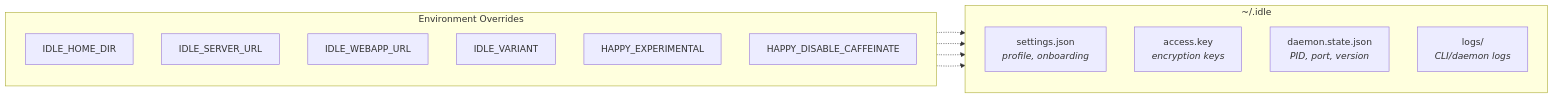
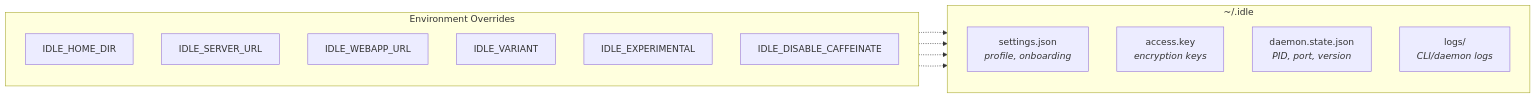
The third of 12 diagrams in docs/cli-architecture.md (tomstetson/idle), drawn with Mermaid before and after one commit. The commit also changed other lines of this file and 10 other files, not shown here.

````diff
--- a/docs/cli-architecture.md
+++ b/docs/cli-architecture.md
@@ -81,22 +81,22 @@
 ```mermaid
 graph LR
     subgraph "~/.idle"
         direction TB
         settings["settings.json<br/><i>profile, onboarding</i>"]
         access["access.key<br/><i>encryption keys</i>"]
         daemon["daemon.state.json<br/><i>PID, port, version</i>"]
         logs["logs/<br/><i>CLI/daemon logs</i>"]
     end
 
     subgraph "Environment Overrides"
         direction TB
         E1[IDLE_HOME_DIR]
         E2[IDLE_SERVER_URL]
         E3[IDLE_WEBAPP_URL]
         E4[IDLE_VARIANT]
-        E5[HAPPY_EXPERIMENTAL]
-        E6[HAPPY_DISABLE_CAFFEINATE]
+        E5[IDLE_EXPERIMENTAL]
+        E6[IDLE_DISABLE_CAFFEINATE]
     end
 
     E1 -.-> settings & access & daemon & logs
 ```
````
